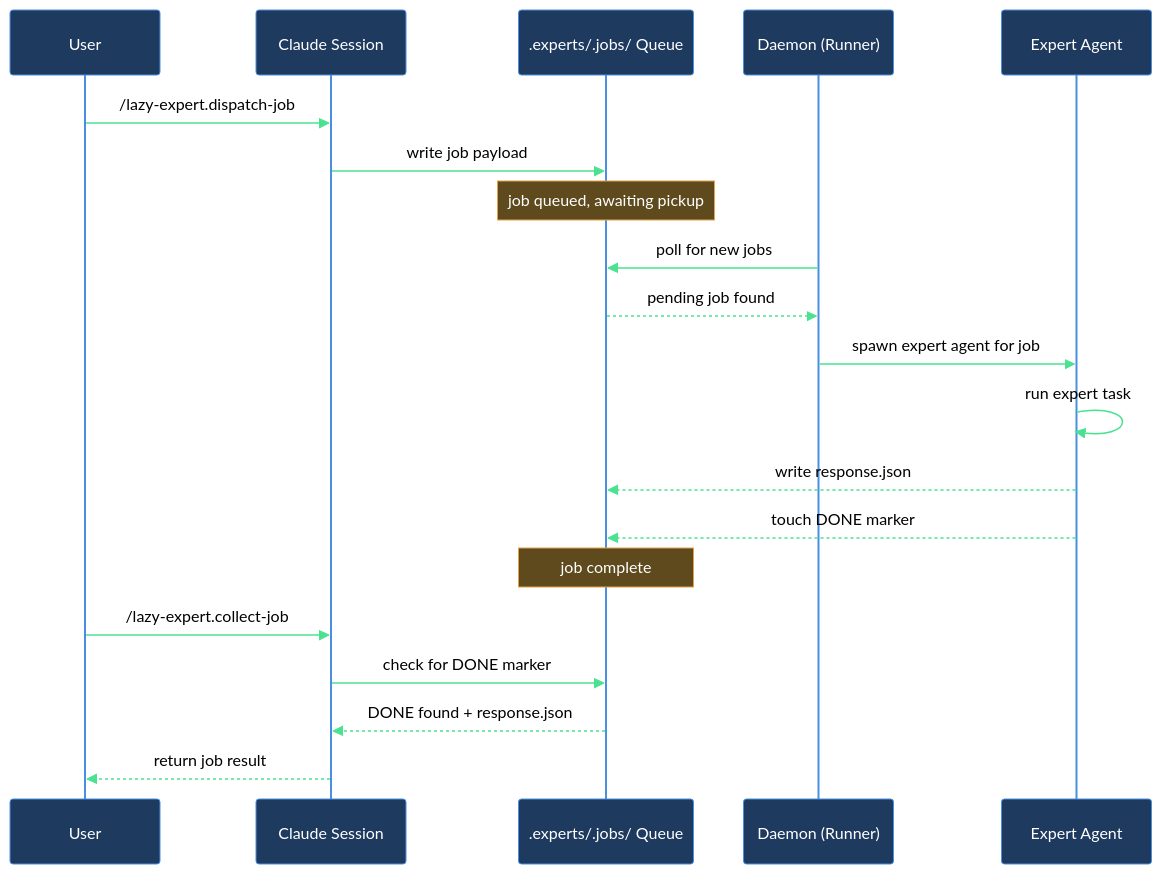
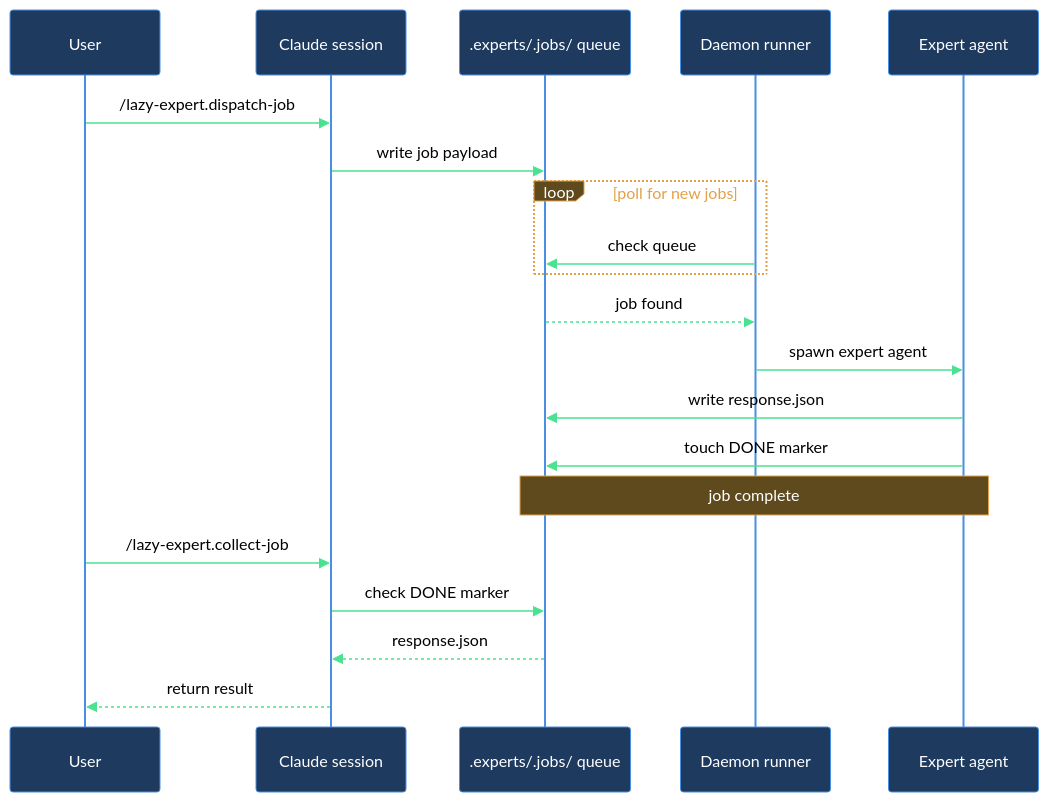
One commit to mebius-san/lazy-cortex changed the diagram in claude/lazycortex-core/help/walkthroughs/setup-expert.md. Above: the diagram before and after it, drawn with Mermaid. The commit also changed other lines of this file and 37 other files, not shown here.

````diff
--- a/claude/lazycortex-core/help/walkthroughs/setup-expert.md
+++ b/claude/lazycortex-core/help/walkthroughs/setup-expert.md
@@ -151,24 +158,24 @@
 ```mermaid
 %%{init: {'themeVariables':{'background':'transparent','primaryColor':'#1e3a5f','primaryBorderColor':'#4a90e2','primaryTextColor':'#fff','lineColor':'#4ae290','actorBkg':'#1e3a5f','actorBorder':'#4a90e2','actorTextColor':'#fff','actorLineColor':'#4a90e2','signalColor':'#4ae290','signalTextColor':'#000','noteBkgColor':'#5f4a1e','noteBorderColor':'#e2a14a','noteTextColor':'#fff','labelBoxBkgColor':'#5f4a1e','labelBoxBorderColor':'#e2a14a','labelTextColor':'#fff','loopTextColor':'#e2a14a'},'sequence':{'diagramPadding':5,'useMaxWidth':true}}}%%
 sequenceDiagram
   participant user as User
-  participant session as Claude Session
-  participant jobQueue as .experts/.jobs/ Queue
-  participant daemon as Daemon (Runner)
-  participant expertAgent as Expert Agent
+  participant claudeSession as Claude session
+  participant jobsQueue as .experts/.jobs/ queue
+  participant daemon as Daemon runner
+  participant expertAgent as Expert agent
 
-  user->>session: /lazy-expert.dispatch-job
-  session->>jobQueue: write job payload
-  Note over jobQueue: job queued, awaiting pickup
-  daemon->>jobQueue: poll for new jobs
-  jobQueue-->>daemon: pending job found
-  daemon->>expertAgent: spawn expert agent for job
-  expertAgent->>expertAgent: run expert task
-  expertAgent-->>jobQueue: write response.json
-  expertAgent-->>jobQueue: touch DONE marker
-  Note over jobQueue: job complete
-  user->>session: /lazy-expert.collect-job
-  session->>jobQueue: check for DONE marker
-  jobQueue-->>session: DONE found + response.json
-  session-->>user: return job result
+  user->>claudeSession: /lazy-expert.dispatch-job
+  claudeSession->>jobsQueue: write job payload
+  loop poll for new jobs
+    daemon->>jobsQueue: check queue
+  end
+  jobsQueue-->>daemon: job found
+  daemon->>expertAgent: spawn expert agent
+  expertAgent->>jobsQueue: write response.json
+  expertAgent->>jobsQueue: touch DONE marker
+  Note over jobsQueue,expertAgent: job complete
+  user->>claudeSession: /lazy-expert.collect-job
+  claudeSession->>jobsQueue: check DONE marker
+  jobsQueue-->>claudeSession: response.json
+  claudeSession-->>user: return result
 ```
````
